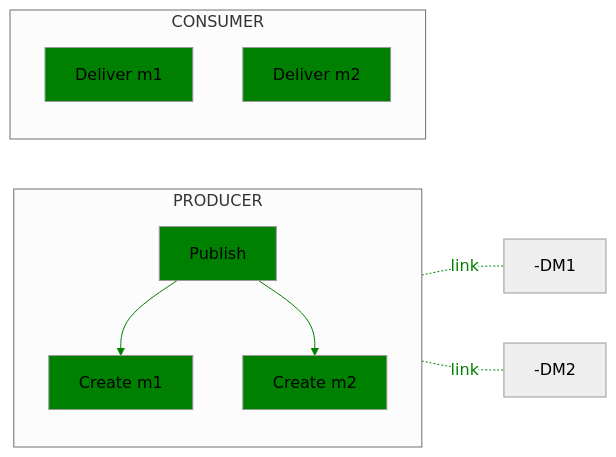
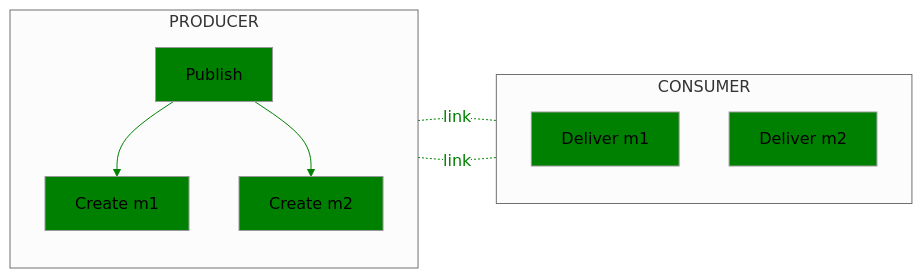
Before and after one commit to open-telemetry/oteps: the fifth of 12 diagrams in text/trace/0220-messaging-semantic-conventions-span-structure.md, drawn with Mermaid (neutral theme). The commit also changed other lines of this file, not shown here.

Commit message:
Fix diagrams

````diff
--- a/text/trace/0220-messaging-semantic-conventions-span-structure.md
+++ b/text/trace/0220-messaging-semantic-conventions-span-structure.md
@@ -408,19 +408,19 @@
 ```mermaid
 flowchart LR;
   subgraph PRODUCER
   direction TB
   P[Publish]-->C1[Create m1]
   P-->C2[Create m2]
   end
   subgraph CONSUMER
   direction TB
   DM1[Deliver m1]
   DM2[Deliver m2]
   end
-  C1-. link .--DM1;
-  C2-. link .--DM2;
+  C1-. link .-DM1;
+  C2-. link .-DM2;
 
   classDef normal fill:green
   class P,C1,C2,DM1,DM2 normal
   linkStyle 0,1,2,3 color:green,stroke:green
 ```
````
